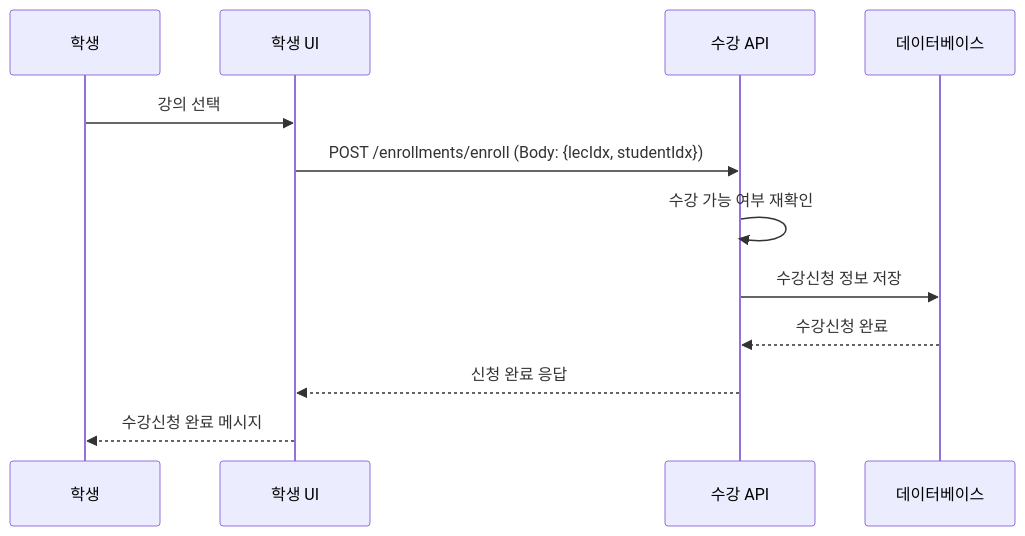
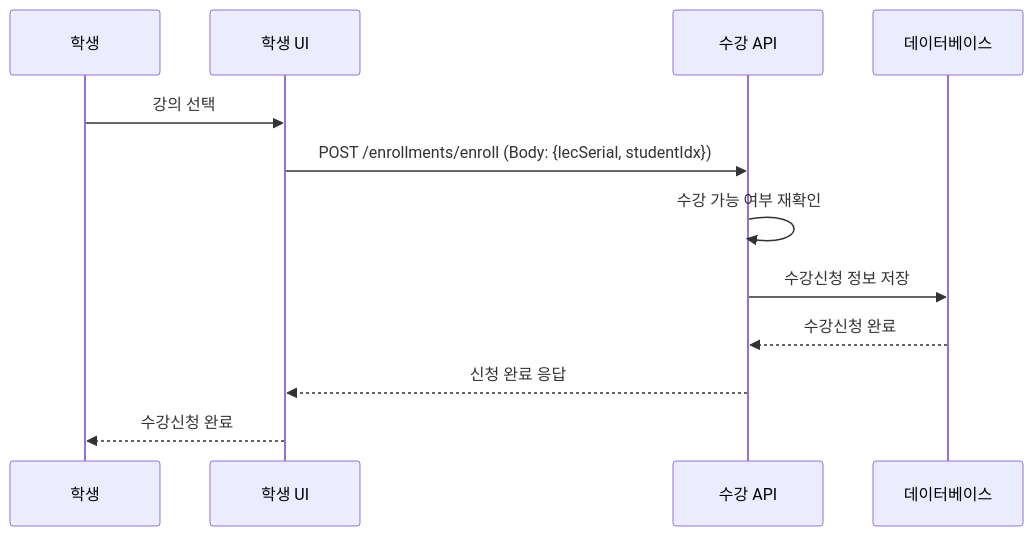
The second of 10 diagrams in backend/BlueCrab/docs/강의관련기능/06-학생플로우.md (hooting76/blue-crab-lms), drawn with Mermaid before and after one commit. The commit also changed other lines of this file and 19 other files, not shown here.

````diff
--- a/backend/BlueCrab/docs/강의관련기능/06-학생플로우.md
+++ b/backend/BlueCrab/docs/강의관련기능/06-학생플로우.md
@@ -53,15 +36,15 @@
 ```mermaid
 sequenceDiagram
     participant Student as 학생
     participant UI as 학생 UI
     participant API as 수강 API
     participant DB as 데이터베이스
 
     Student->>UI: 강의 선택
-    UI->>API: POST /enrollments/enroll (Body: {lecIdx, studentIdx})
+    UI->>API: POST /enrollments/enroll (Body: {lecSerial, studentIdx})
     API->>API: 수강 가능 여부 재확인
     API->>DB: 수강신청 정보 저장
     DB-->>API: 수강신청 완료
     API-->>UI: 신청 완료 응답
-    UI-->>Student: 수강신청 완료 메시지
+    UI-->>Student: 수강신청 완료
 ```
````
